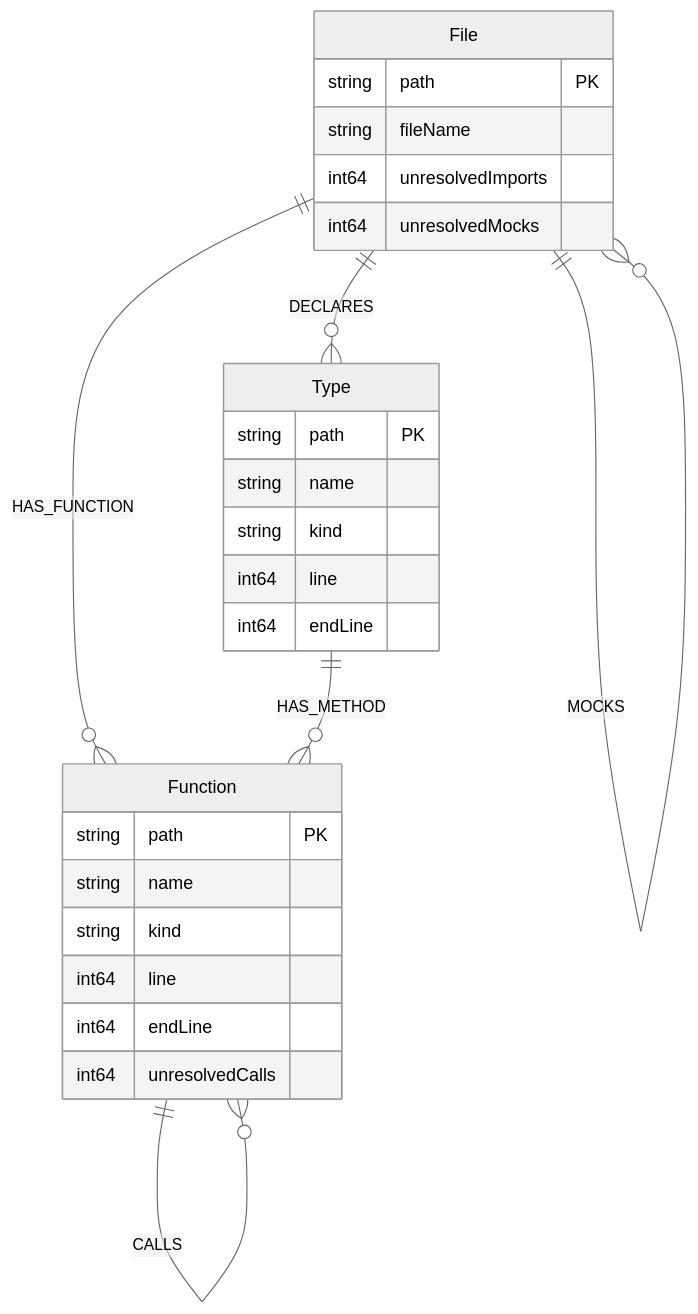
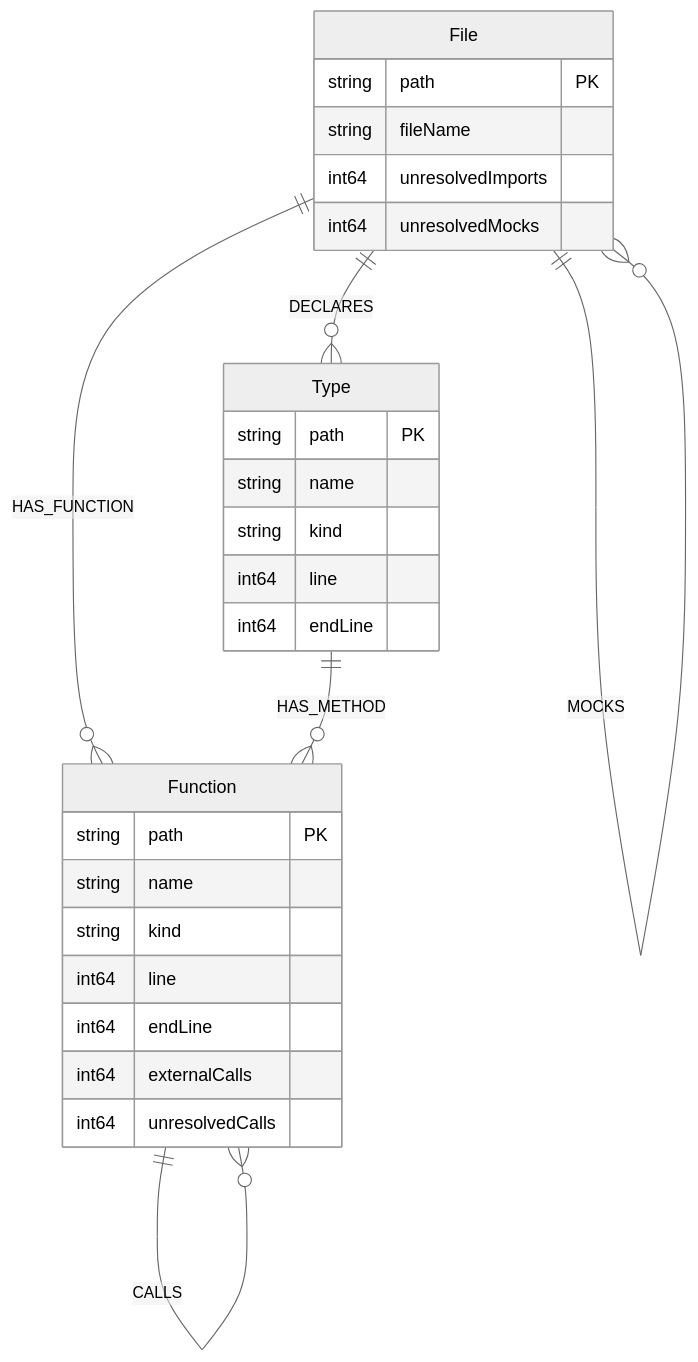
Before and after one commit to tullanders/CodeGraph: the second of 4 diagrams in docs/architecture.md, drawn with Mermaid (neutral theme). The commit also changed other lines of this file and 9 other files, not shown here.

````diff
--- a/docs/architecture.md
+++ b/docs/architecture.md
@@ -186,31 +195,32 @@
 ```mermaid
 erDiagram
     File ||--o{ File : IMPORTS
     File ||--o{ File : MOCKS
     File ||--o{ Type : DECLARES
     File ||--o{ Function : HAS_FUNCTION
     Type ||--o{ Function : HAS_METHOD
     Function ||--o{ Function : CALLS
 
     File {
         string path PK
         string fileName
         int64 unresolvedImports
         int64 unresolvedMocks
     }
     Type {
         string path PK
         string name
         string kind
         int64 line
         int64 endLine
     }
     Function {
         string path PK
         string name
         string kind
         int64 line
         int64 endLine
+        int64 externalCalls
         int64 unresolvedCalls
     }
 ```
````
